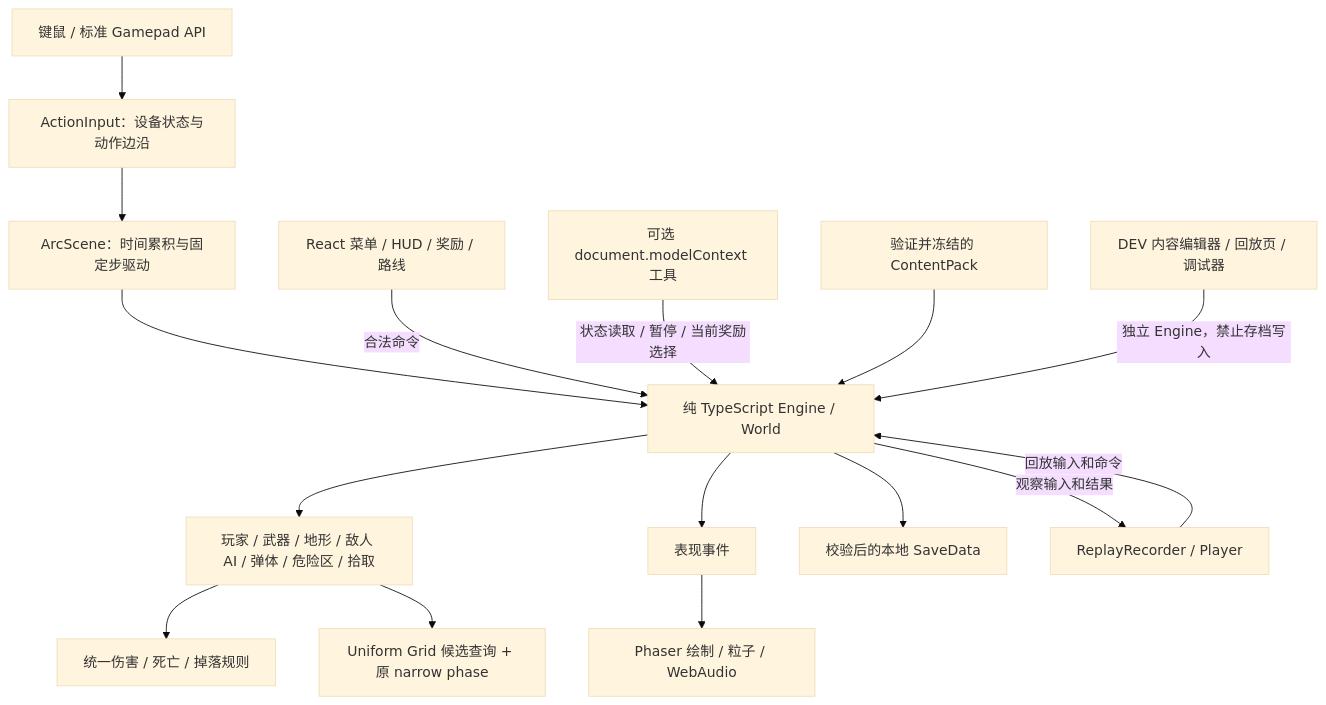
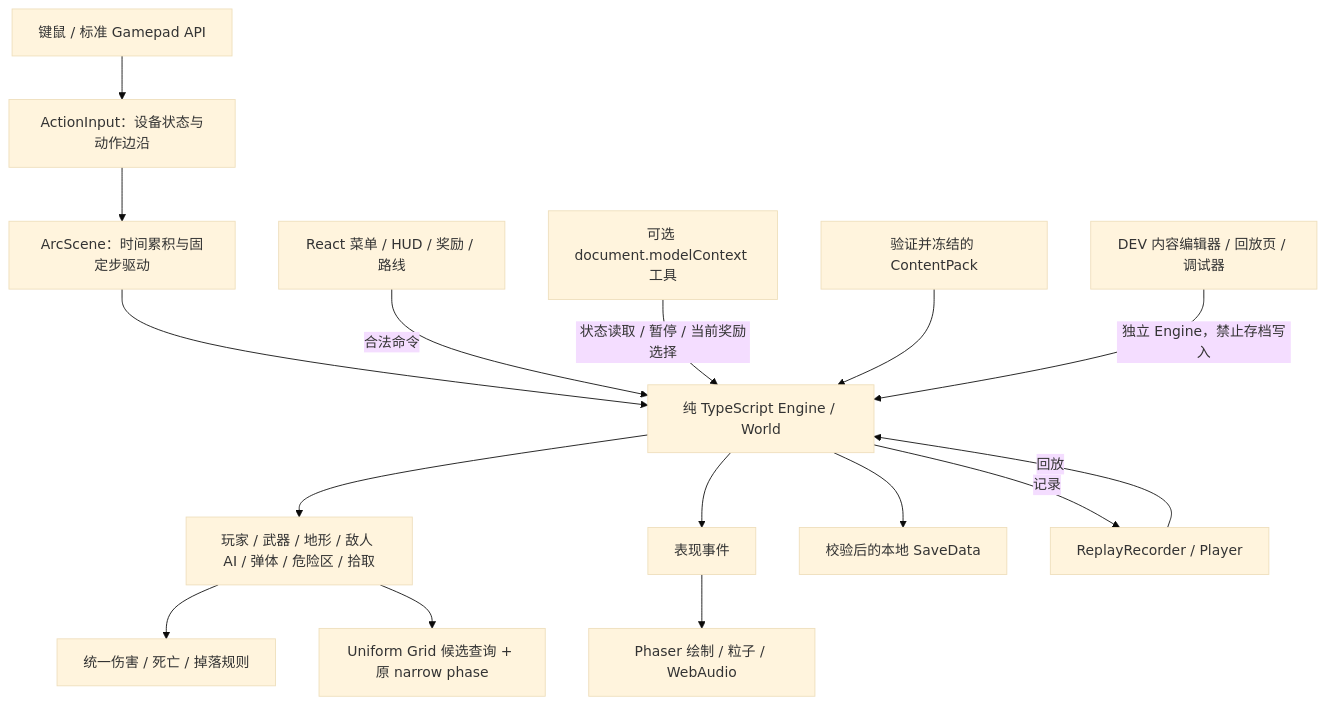
One commit to QiQiyzhu/arc-shift changed the diagram in public/portfolio/handbooks/ARC-SHIFT 面试讲解.md. Above: the diagram before and after it, drawn with Mermaid (base theme). The commit also changed other lines of this file and 112 other files, not shown here.

````diff
--- a/public/portfolio/handbooks/ARC-SHIFT 面试讲解.md
+++ b/public/portfolio/handbooks/ARC-SHIFT 面试讲解.md
@@ -11,18 +11,18 @@
 ```mermaid
 flowchart TD
   Device[键鼠 / 标准 Gamepad API] --> Action[ActionInput：设备状态与动作边沿]
   Action --> Scene[ArcScene：时间累积与固定步驱动]
   Scene --> Engine[纯 TypeScript Engine / World]
   UI[React 菜单 / HUD / 奖励 / 路线] -->|合法命令| Engine
   MCP[可选 document.modelContext 工具] -->|状态读取 / 暂停 / 当前奖励选择| Engine
   Content[验证并冻结的 ContentPack] --> Engine
   Engine --> Systems[玩家 / 武器 / 地形 / 敌人 AI / 弹体 / 危险区 / 拾取]
   Systems --> Damage[统一伤害 / 死亡 / 掉落规则]
   Systems --> Grid[Uniform Grid 候选查询 + 原 narrow phase]
   Engine --> Bus[表现事件]
   Bus --> Visual[Phaser 绘制 / 粒子 / WebAudio]
   Engine --> Save[校验后的本地 SaveData]
-  Engine -->|观察输入和结果| Recorder[ReplayRecorder / Player]
-  Recorder -->|回放输入和命令| Engine
+  Engine -->|记录| Recorder[ReplayRecorder / Player]
+  Recorder -->|回放| Engine
   Dev[DEV 内容编辑器 / 回放页 / 调试器] -->|独立 Engine，禁止存档写入| Engine
 ```
````
